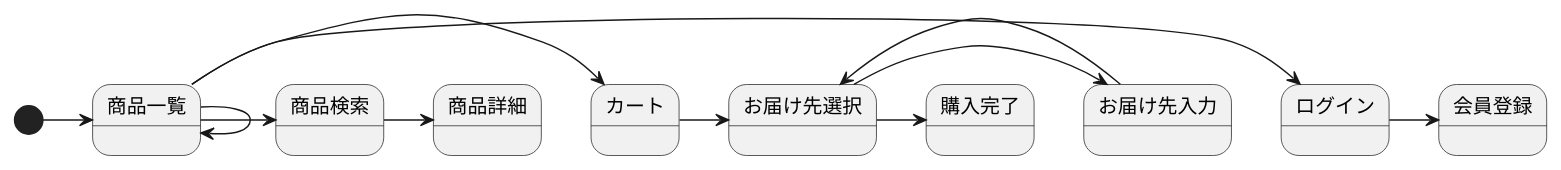
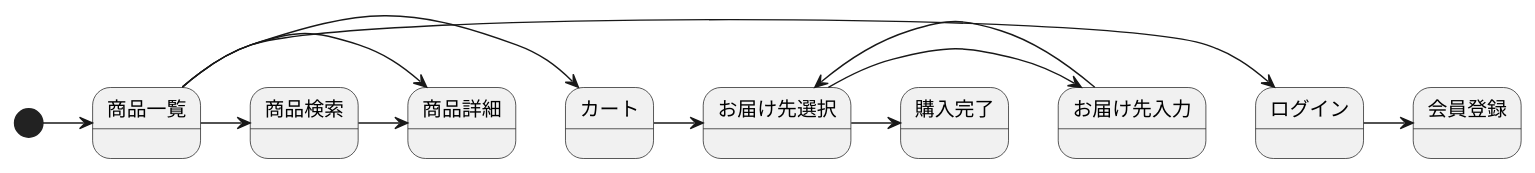
Before and after one commit to Aso2001137/2021sys-design: the diagram in stm.md, drawn with PlantUML.

````diff
--- a/stm.md
+++ b/stm.md
@@ -1,15 +1,15 @@
 ```uml
 @startuml
 [*] -> 商品一覧
 商品一覧 -> ログイン
 ログイン -> 会員登録
 商品一覧 -> カート
 カート -> お届け先選択
 お届け先選択 -> お届け先入力
 お届け先入力 -> お届け先選択
 お届け先選択 -> 購入完了
-商品一覧 -> 商品一覧
+商品一覧 -> 商品詳細
 商品一覧 -> 商品検索
 商品検索 -> 商品詳細
 @enduml
 ```
````
